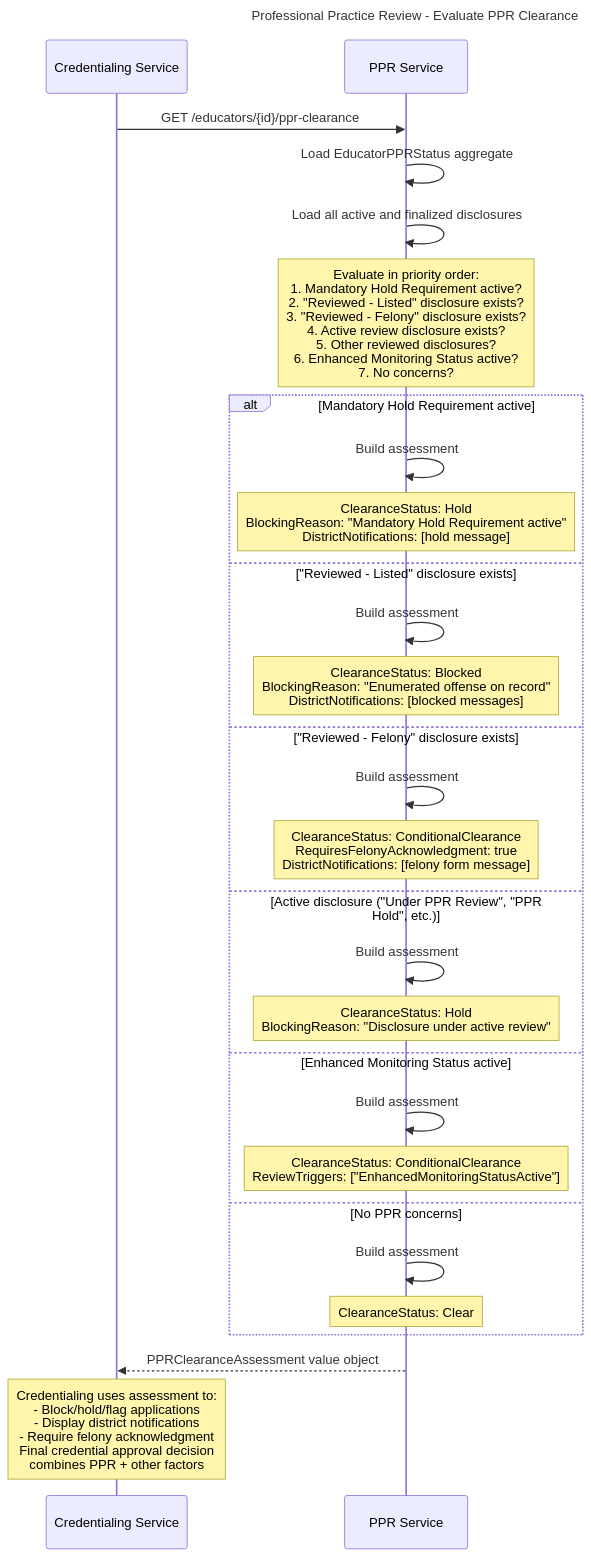
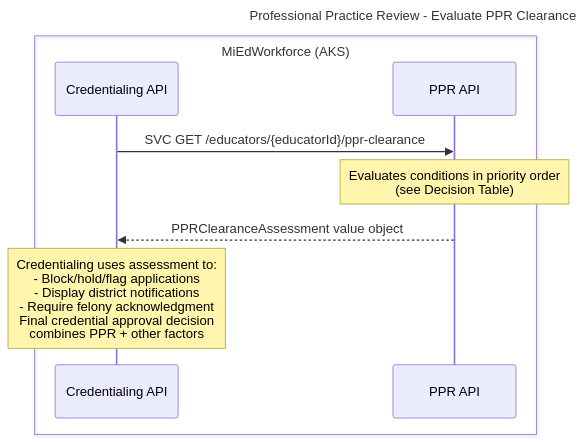
Before and after one commit to mnichols-dl/mied-design: the eighth of 15 diagrams in working-docs/solution-areas/profpractice/profpractice-sequences.md, drawn with Mermaid. The commit also changed other lines of this file and 34 other files, not shown here.

Commit message:
Update sequences and perform RTM assessment

````diff
--- a/working-docs/solution-areas/profpractice/profpractice-sequences.md
+++ b/working-docs/solution-areas/profpractice/profpractice-sequences.md
@@ -555,44 +548,16 @@
 ```mermaid
 ---
 title: Professional Practice Review - Evaluate PPR Clearance
 ---
 sequenceDiagram
-    participant Credentialing as Credentialing Service
-    participant PPRService as PPR Service
-    
-    Credentialing->>PPRService: GET /educators/{id}/ppr-clearance
-    
-    PPRService->>PPRService: Load EducatorPPRStatus aggregate
-    PPRService->>PPRService: Load all active and finalized disclosures
-    
-    Note over PPRService: Evaluate in priority order:<br/>1. Mandatory Hold Requirement active?<br/>2. "Reviewed - Listed" disclosure exists?<br/>3. "Reviewed - Felony" disclosure exists?<br/>4. Active review disclosure exists?<br/>5. Other reviewed disclosures?<br/>6. Enhanced Monitoring Status active?<br/>7. No concerns?
-    
-    alt Mandatory Hold Requirement active
-        PPRService->>PPRService: Build assessment
-        Note over PPRService: ClearanceStatus: Hold<br/>BlockingReason: "Mandatory Hold Requirement active"<br/>DistrictNotifications: [hold message]
-        
-    else "Reviewed - Listed" disclosure exists
-        PPRService->>PPRService: Build assessment
-        Note over PPRService: ClearanceStatus: Blocked<br/>BlockingReason: "Enumerated offense on record"<br/>DistrictNotifications: [blocked messages]
-        
-    else "Reviewed - Felony" disclosure exists
-        PPRService->>PPRService: Build assessment
-        Note over PPRService: ClearanceStatus: ConditionalClearance<br/>RequiresFelonyAcknowledgment: true<br/>DistrictNotifications: [felony form message]
-        
-    else Active disclosure ("Under PPR Review", "PPR Hold", etc.)
-        PPRService->>PPRService: Build assessment
-        Note over PPRService: ClearanceStatus: Hold<br/>BlockingReason: "Disclosure under active review"
-        
-    else Enhanced Monitoring Status active
-        PPRService->>PPRService: Build assessment
-        Note over PPRService: ClearanceStatus: ConditionalClearance<br/>ReviewTriggers: ["EnhancedMonitoringStatusActive"]
-        
-    else No PPR concerns
-        PPRService->>PPRService: Build assessment
-        Note over PPRService: ClearanceStatus: Clear
+    box MiEdWorkforce (AKS)
+        participant CredApi as Credentialing API
+        participant PprApi as PPR API
     end
     
-    PPRService-->>Credentialing: PPRClearanceAssessment value object
+    CredApi->>PprApi: SVC GET /educators/{educatorId}/ppr-clearance
+    Note over PprApi: Evaluates conditions in priority order<br/>(see Decision Table)
+    PprApi-->>CredApi: PPRClearanceAssessment value object
     
-    Note over Credentialing: Credentialing uses assessment to:<br/>- Block/hold/flag applications<br/>- Display district notifications<br/>- Require felony acknowledgment<br/>Final credential approval decision<br/>combines PPR + other factors
+    Note over CredApi: Credentialing uses assessment to:<br/>- Block/hold/flag applications<br/>- Display district notifications<br/>- Require felony acknowledgment<br/>Final credential approval decision<br/>combines PPR + other factors
 ```
````
